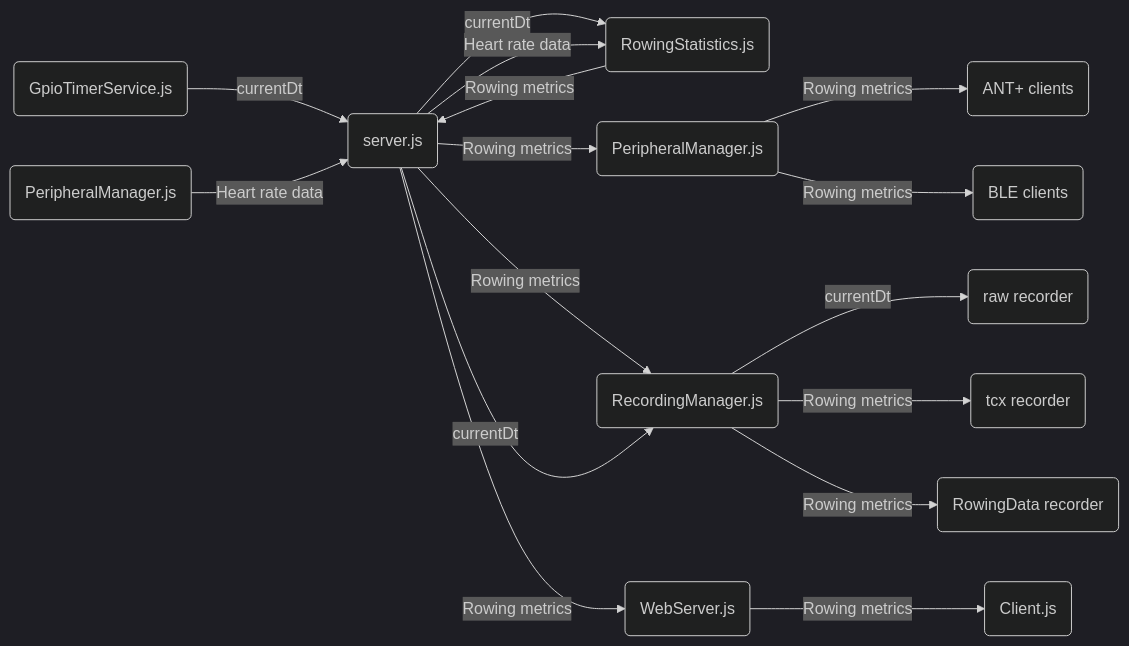
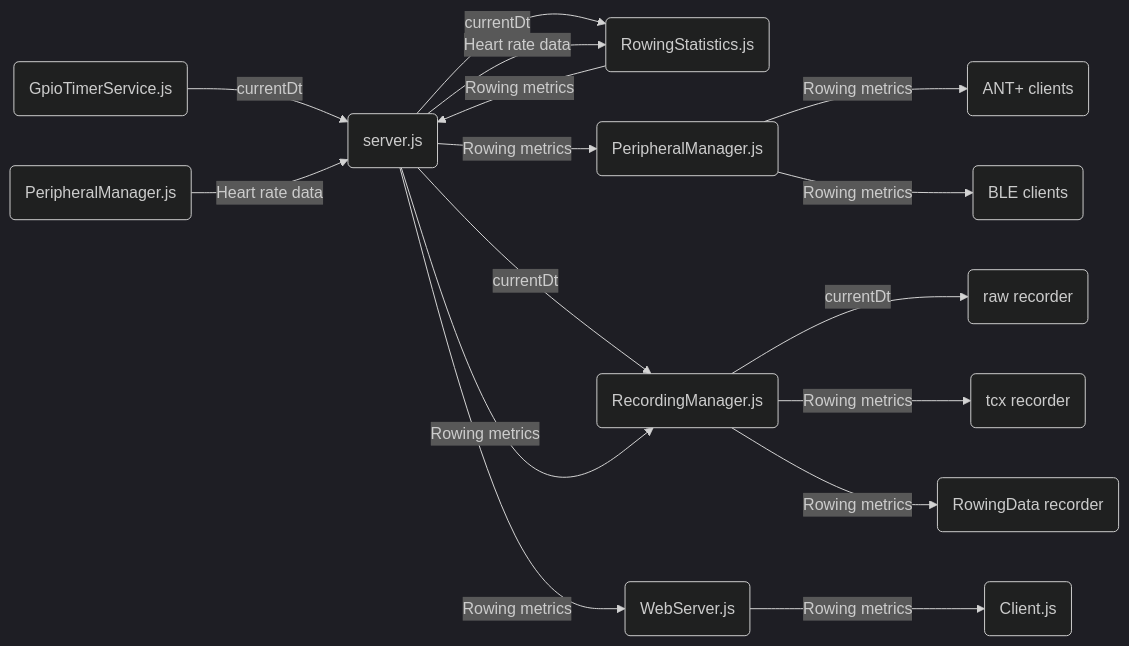
One commit to laberning/openrowingmonitor changed the first of 5 diagrams in docs/Architecture.md. Above: the diagram before and after it, drawn with Mermaid (dark theme). The commit also changed other lines of this file, not shown here.

````diff
--- a/docs/Architecture.md
+++ b/docs/Architecture.md
@@ -20,18 +20,18 @@
 ```mermaid
 flowchart LR
 A(GpioTimerService.js) -->|currentDt| B(server.js)
 B(server.js) -->|currentDt| D(RowingStatistics.js)
 D(RowingStatistics.js) -->|Rowing metrics| B(server.js)
 C(PeripheralManager.js) -->|Heart rate data| B(server.js)
 B(server.js) -->|Heart rate data| D(RowingStatistics.js)
 B(server.js) -->|Rowing metrics| E(PeripheralManager.js)
 E(PeripheralManager.js) -->|Rowing metrics| F(ANT+ clients)
 E(PeripheralManager.js) -->|Rowing metrics| G(BLE clients)
+B(server.js) -->|currentDt| H(RecordingManager.js)
 B(server.js) -->|Rowing metrics| H(RecordingManager.js)
-B(server.js) -->|currentDt| H(RecordingManager.js)
 H(RecordingManager.js) -->|currentDt| I(raw recorder)
 H(RecordingManager.js) -->|Rowing metrics| J(tcx recorder)
 H(RecordingManager.js) -->|Rowing metrics| K(RowingData recorder)
 B(server.js) -->|Rowing metrics| L(WebServer.js)
 L(WebServer.js) -->|Rowing metrics| M(Client.js)
 ```
````
